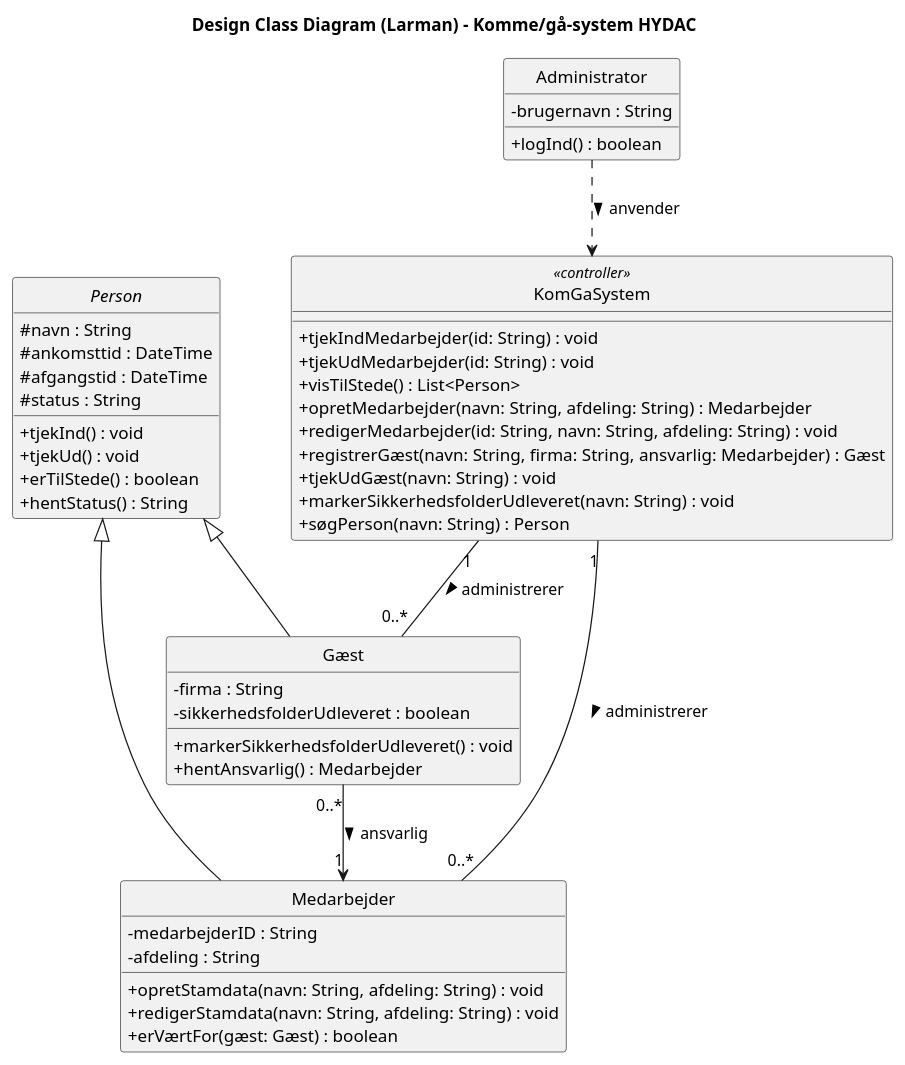
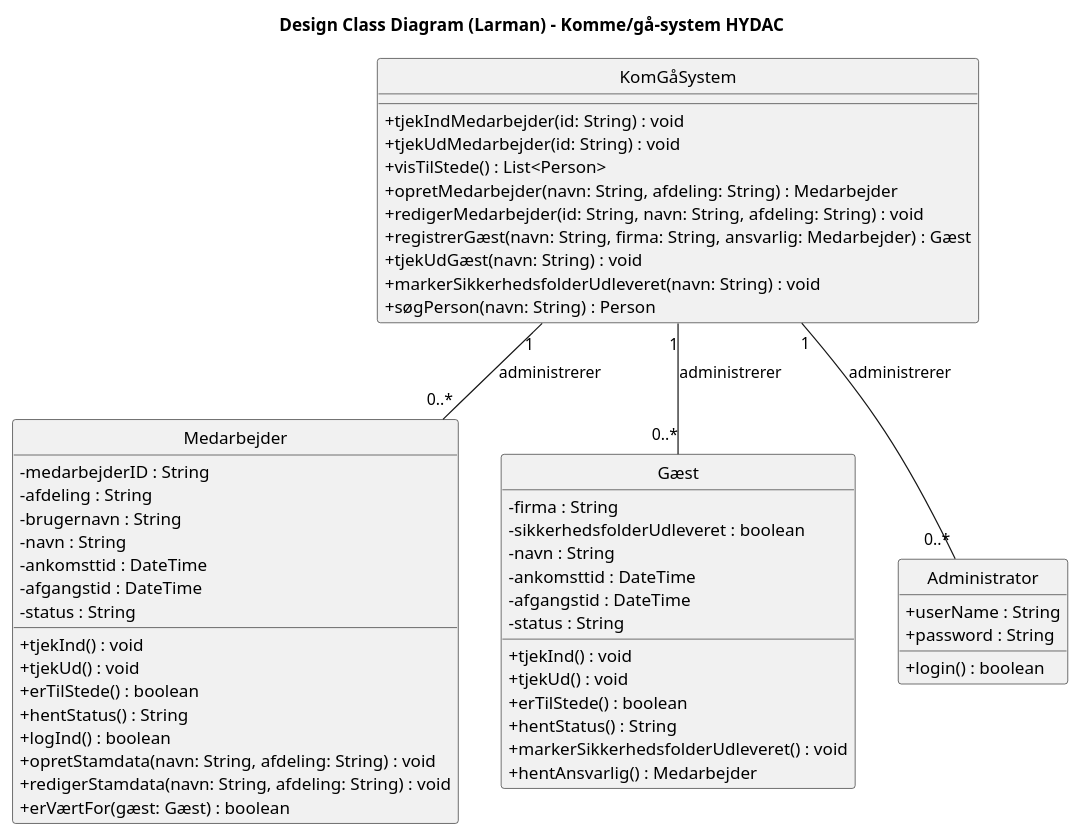
Before and after one commit to albla20/HydacTeamA4: the diagram in Artifacts/Designklassediagram.puml, drawn with PlantUML.

Commit message:
designklass diagram ændret i

```diff
--- a/Artifacts/Designklassediagram.puml
+++ b/Artifacts/Designklassediagram.puml
@@ -1,60 +1,65 @@
 @startuml
 title Design Class Diagram (Larman) - Komme/gå-system HYDAC
 
 hide circle
 skinparam classAttributeIconSize 0
 
-class KomGaSystem <<controller>> {
+class KomGåSystem {
   + tjekIndMedarbejder(id: String) : void
   + tjekUdMedarbejder(id: String) : void
   + visTilStede() : List<Person>
   + opretMedarbejder(navn: String, afdeling: String) : Medarbejder
   + redigerMedarbejder(id: String, navn: String, afdeling: String) : void
   + registrerGæst(navn: String, firma: String, ansvarlig: Medarbejder) : Gæst
   + tjekUdGæst(navn: String) : void
   + markerSikkerhedsfolderUdleveret(navn: String) : void
   + søgPerson(navn: String) : Person
 }
 
-abstract class Person {
-  # navn : String
-  # ankomsttid : DateTime
-  # afgangstid : DateTime
-  # status : String
+class Medarbejder {
+  - medarbejderID : String
+  - afdeling : String
+  - brugernavn : String
+  - navn : String
+  - ankomsttid : DateTime
+  - afgangstid : DateTime
+  - status : String
   + tjekInd() : void
   + tjekUd() : void
   + erTilStede() : boolean
   + hentStatus() : String
-}
-
-class Medarbejder {
-  - medarbejderID : String
-  - afdeling : String
+  + logInd() : boolean
   + opretStamdata(navn: String, afdeling: String) : void
   + redigerStamdata(navn: String, afdeling: String) : void
   + erVærtFor(gæst: Gæst) : boolean
 }
 
 class Gæst {
   - firma : String
   - sikkerhedsfolderUdleveret : boolean
+  - navn : String
+  - ankomsttid : DateTime
+  - afgangstid : DateTime
+  - status : String
+  + tjekInd() : void
+  + tjekUd() : void
+  + erTilStede() : boolean
+  + hentStatus() : String
   + markerSikkerhedsfolderUdleveret() : void
   + hentAnsvarlig() : Medarbejder
 }
 
 class Administrator {
-  - brugernavn : String
-  + logInd() : boolean
+  + userName : String
+  + password : String
+  + login() : boolean
 }
+KomGåSystem "1" -- "0..*" Administrator : administrerer
+KomGåSystem "1" -- "0..*" Medarbejder : administrerer 
+KomGåSystem "1" -- "0..*" Gæst : administrerer 
 
-Medarbejder -up-|> Person
-Gæst -up-|> Person
 
-KomGaSystem "1" -- "0..*" Medarbejder : administrerer >
-KomGaSystem "1" -- "0..*" Gæst : administrerer >
 
-Gæst "0..*" --> "1" Medarbejder : ansvarlig >
 
-Administrator ..> KomGaSystem : anvender >
 
 @enduml
```
